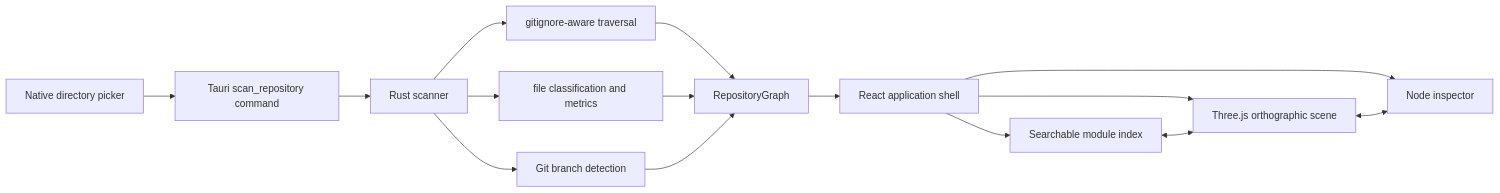
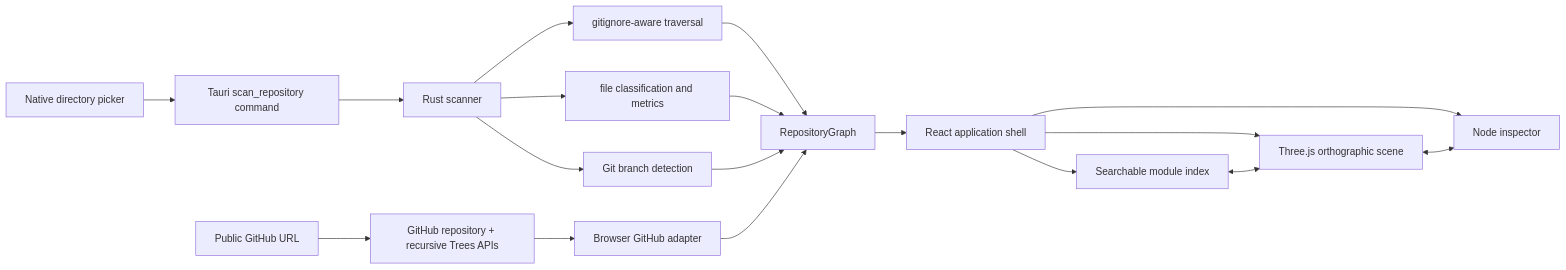
The diagram in README.md (Volpestyle/codebase-atlas), drawn with Mermaid before and after one commit. The commit also changed other lines of this file and 12 other files, not shown here.

Commit message:
feat: load public GitHub repositories

````diff
--- a/README.md
+++ b/README.md
@@ -9,17 +9,20 @@
 ```mermaid
 flowchart LR
     A[Native directory picker] --> B[Tauri scan_repository command]
+    L[Public GitHub URL] --> M[GitHub repository + recursive Trees APIs]
     B --> C[Rust scanner]
     C --> D[gitignore-aware traversal]
     C --> E[file classification and metrics]
     C --> F[Git branch detection]
     D --> G[RepositoryGraph]
     E --> G
     F --> G
+    M --> N[Browser GitHub adapter]
+    N --> G
     G --> H[React application shell]
     H --> I[Searchable module index]
     H --> J[Three.js orthographic scene]
     H --> K[Node inspector]
     I <--> J
     J <--> K
 ```
````
